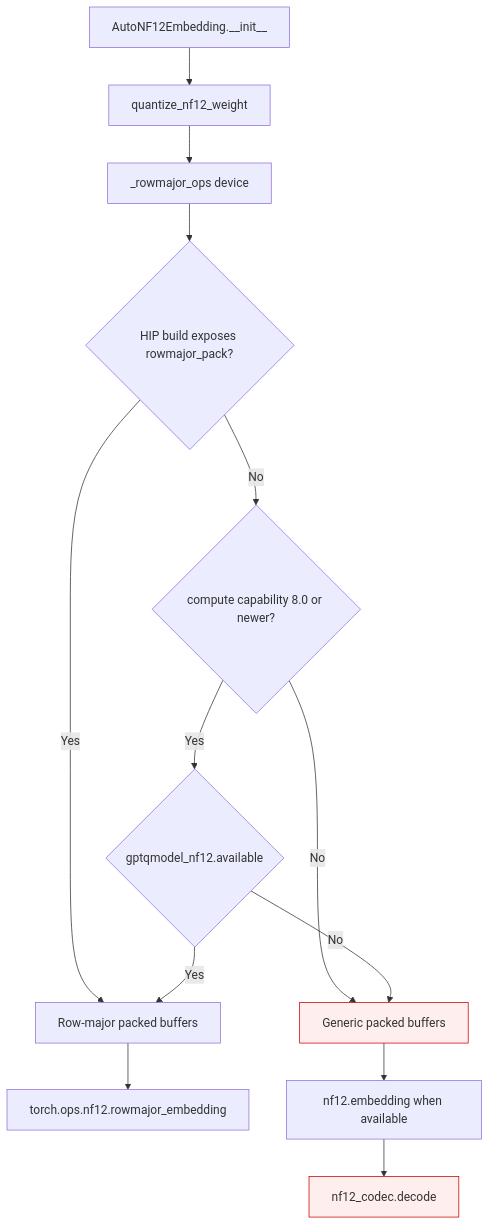
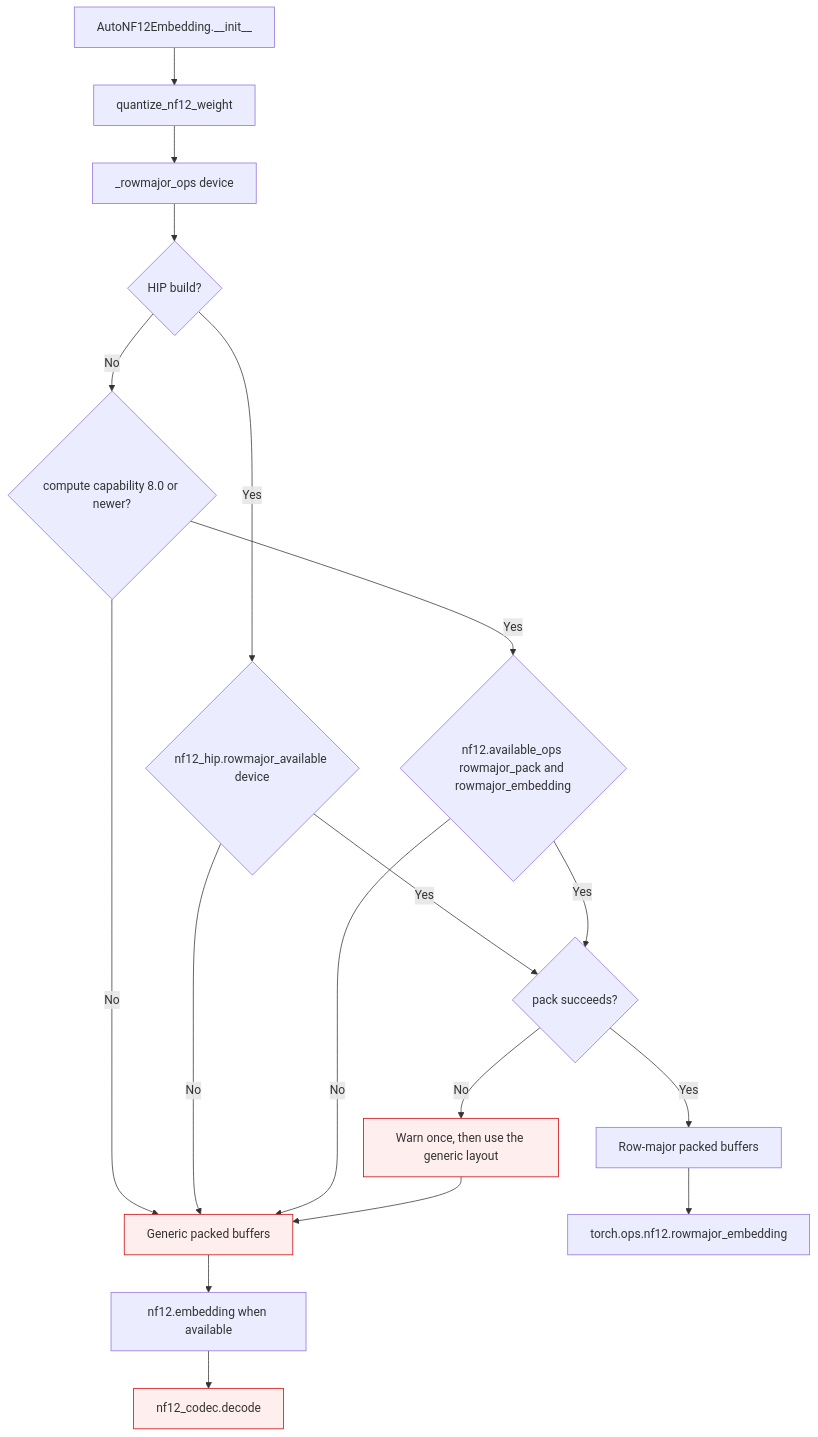
The second of 8 diagrams in docs/auto-nf12-dtype-cast.md (ModelCloud/GPTQModel), drawn with Mermaid before and after one commit. The commit also changed other lines of this file and 3 other files, not shown here.

````diff
--- a/docs/auto-nf12-dtype-cast.md
+++ b/docs/auto-nf12-dtype-cast.md
@@ -55,17 +56,23 @@
 ```mermaid
 flowchart TD
     A[AutoNF12Embedding.__init__] --> B[quantize_nf12_weight]
     B --> C[_rowmajor_ops device]
-    C --> D{HIP build exposes rowmajor_pack?}
-    D -- Yes --> R[Row-major packed buffers]
-    D -- No --> E{compute capability 8.0 or newer?}
-    E -- No --> G[Generic packed buffers]
-    E -- Yes --> F{gptqmodel_nf12.available}
-    F -- Yes --> R
-    F -- No --> G
+    C --> D{HIP build?}
+    D -- Yes --> E{nf12_hip.rowmajor_available device}
+    D -- No --> F{compute capability 8.0 or newer?}
+    F -- No --> G[Generic packed buffers]
+    F -- Yes --> H{nf12.available_ops rowmajor_pack and rowmajor_embedding}
+    E -- No --> G
+    E -- Yes --> P{pack succeeds?}
+    H -- No --> G
+    H -- Yes --> P
+    P -- No --> W[Warn once, then use the generic layout]
+    W --> G
+    P -- Yes --> R[Row-major packed buffers]
     R --> X[torch.ops.nf12.rowmajor_embedding]
     G --> Y[nf12.embedding when available]
     Y --> Z[nf12_codec.decode]
     style G fill:#fee,stroke:#c00
+    style W fill:#fee,stroke:#c00
     style Z fill:#fee,stroke:#c00
 ```
````
